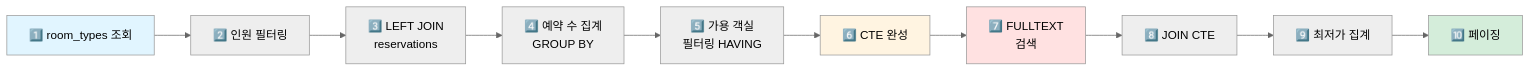
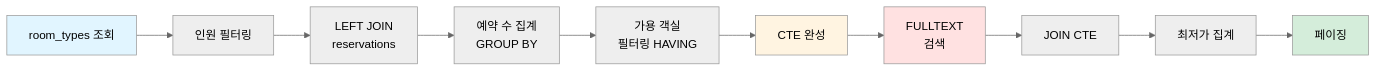
The third of 3 diagrams in docs/accommodation/search-refactor.md (f-lab-edu/reservation-server), drawn with Mermaid (neutral theme) before and after one commit.

Commit message:
docs: 검색 로직 수정

````diff
--- a/docs/accommodation/search-refactor.md
+++ b/docs/accommodation/search-refactor.md
@@ -255,17 +255,17 @@
 ```mermaid
 flowchart LR
-    A[1️⃣ room_types 조회] --> B[2️⃣ 인원 필터링]
-    B --> C[3️⃣ LEFT JOIN<br/>reservations]
-    C --> D[4️⃣ 예약 수 집계<br/>GROUP BY]
-    D --> E[5️⃣ 가용 객실<br/>필터링 HAVING]
-    E --> F[6️⃣ CTE 완성]
-    F --> G[7️⃣ FULLTEXT<br/>검색]
-    G --> H[8️⃣ JOIN CTE]
-    H --> I[9️⃣ 최저가 집계]
-    I --> J[🔟 페이징]
+    A[room_types 조회] --> B[인원 필터링]
+    B --> C[LEFT JOIN<br/>reservations]
+    C --> D[예약 수 집계<br/>GROUP BY]
+    D --> E[가용 객실<br/>필터링 HAVING]
+    E --> F[CTE 완성]
+    F --> G[FULLTEXT<br/>검색]
+    G --> H[JOIN CTE]
+    H --> I[최저가 집계]
+    I --> J[페이징]
     
     style A fill:#e1f5ff
     style F fill:#fff4e1
     style G fill:#ffe1e1
     style J fill:#d4edda
 ```
````
